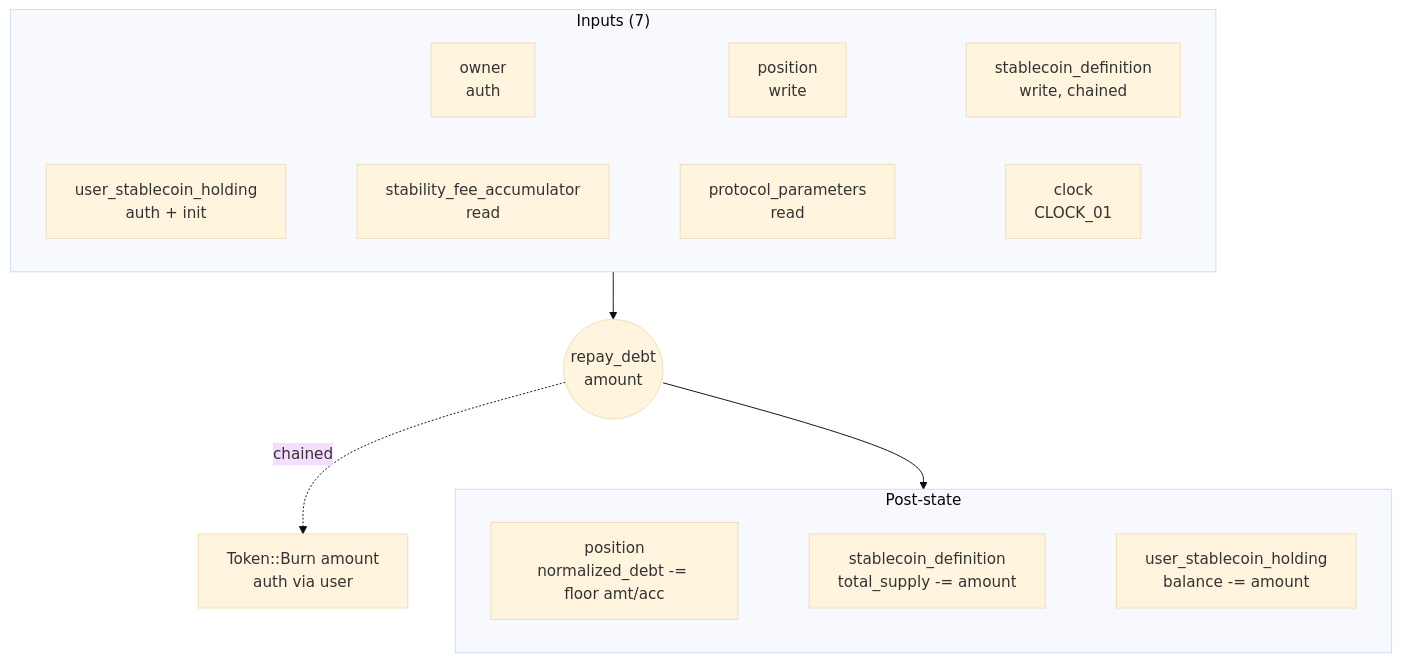
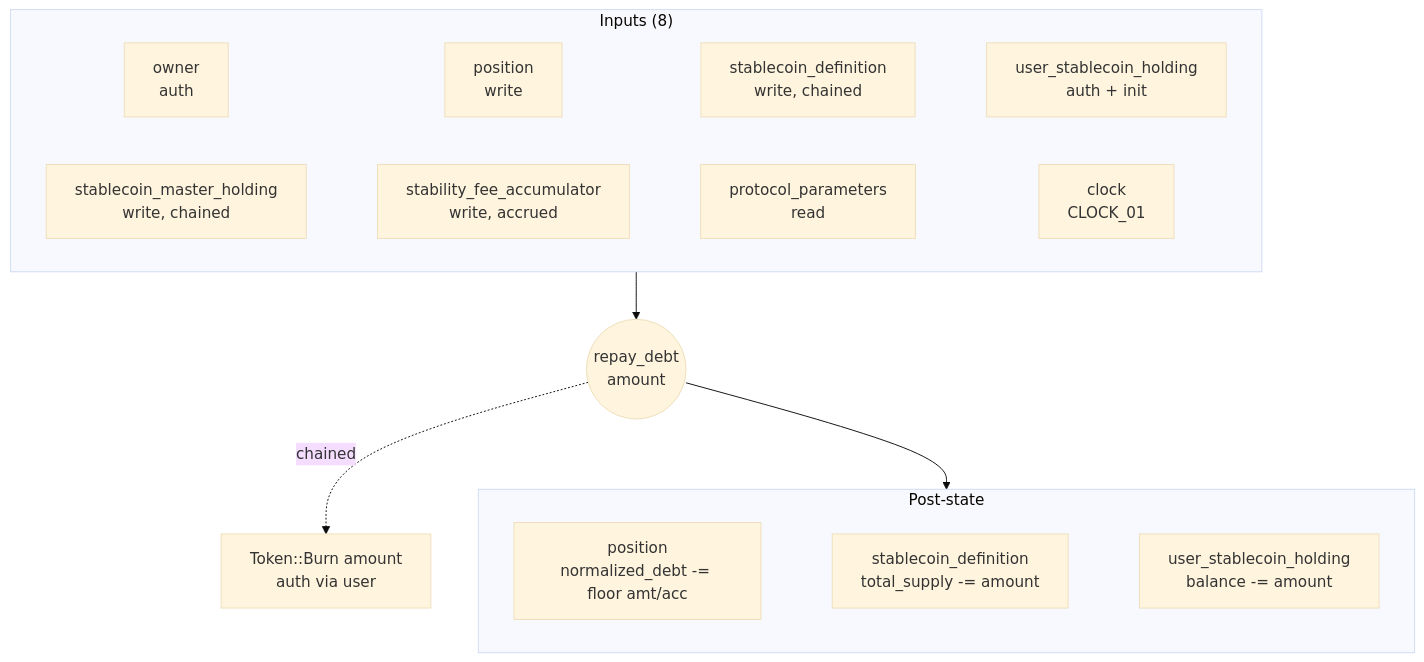
Before and after one commit to logos-blockchain/lez-programs: diagram 11 of 15 in docs/stablecoin/README.md, drawn with Mermaid (base theme). The commit also changed other lines of this file and 25 other files, not shown here.

First line of the commit message:
fix(stablecoin)!: mint accrued stability fees to the surplus holding

````diff
--- a/docs/stablecoin/README.md
+++ b/docs/stablecoin/README.md
@@ -1080,13 +1112,13 @@
 ```mermaid
 flowchart TD
-    subgraph In["Inputs (7)"]
-        a1[owner<br/>auth] ~~~ a2[position<br/>write] ~~~ a3[stablecoin_definition<br/>write, chained]
-        a4[user_stablecoin_holding<br/>auth + init] ~~~ a5[stability_fee_accumulator<br/>read] ~~~ a6[protocol_parameters<br/>read] ~~~ a7[clock<br/>CLOCK_01]
+    subgraph In["Inputs (8)"]
+        a1[owner<br/>auth] ~~~ a2[position<br/>write] ~~~ a3[stablecoin_definition<br/>write, chained] ~~~ a4[user_stablecoin_holding<br/>auth + init]
+        a5[stablecoin_master_holding<br/>write, chained] ~~~ a6[stability_fee_accumulator<br/>write, accrued] ~~~ a7[protocol_parameters<br/>read] ~~~ a8[clock<br/>CLOCK_01]
     end
     subgraph Post["Post-state"]
         p1[position<br/>normalized_debt -= floor amt/acc] ~~~ p2[stablecoin_definition<br/>total_supply -= amount] ~~~ p3[user_stablecoin_holding<br/>balance -= amount]
     end
     In --> Ins((repay_debt<br/>amount))
     Ins --> Post
     Ins -.chained.-> C1[Token::Burn amount<br/>auth via user]
 ```
````
